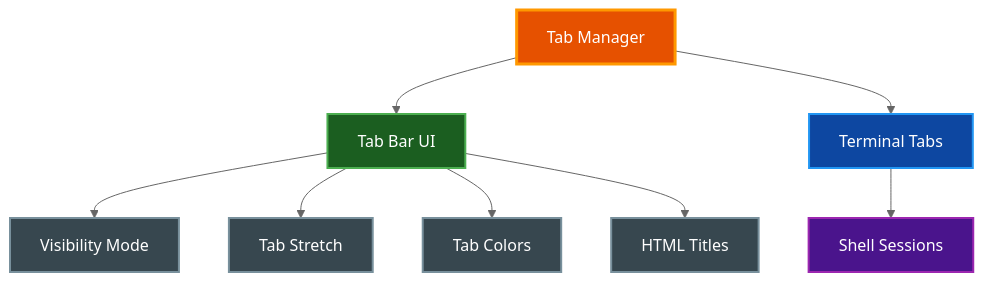
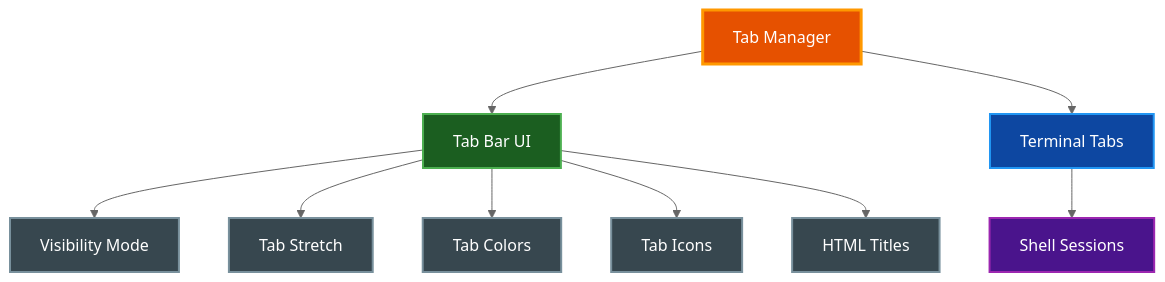
The first of 3 diagrams in docs/TABS.md (paulrobello/par-term), drawn with Mermaid (neutral theme) before and after one commit. The commit also changed other lines of this file and 22 other files, not shown here.

````diff
--- a/docs/TABS.md
+++ b/docs/TABS.md
@@ -30,25 +35,27 @@
 ```mermaid
 graph TD
     TabManager[Tab Manager]
     TabBar[Tab Bar UI]
     Tabs[Terminal Tabs]
     Sessions[Shell Sessions]
 
     TabManager --> TabBar
     TabManager --> Tabs
     Tabs --> Sessions
 
     TabBar --> Visibility[Visibility Mode]
     TabBar --> Stretch[Tab Stretch]
     TabBar --> Colors[Tab Colors]
+    TabBar --> Icons[Tab Icons]
     TabBar --> HTML[HTML Titles]
 
     style TabManager fill:#e65100,stroke:#ff9800,stroke-width:3px,color:#ffffff
     style TabBar fill:#1b5e20,stroke:#4caf50,stroke-width:2px,color:#ffffff
     style Tabs fill:#0d47a1,stroke:#2196f3,stroke-width:2px,color:#ffffff
     style Sessions fill:#4a148c,stroke:#9c27b0,stroke-width:2px,color:#ffffff
     style Visibility fill:#37474f,stroke:#78909c,stroke-width:2px,color:#ffffff
     style Stretch fill:#37474f,stroke:#78909c,stroke-width:2px,color:#ffffff
     style Colors fill:#37474f,stroke:#78909c,stroke-width:2px,color:#ffffff
+    style Icons fill:#37474f,stroke:#78909c,stroke-width:2px,color:#ffffff
     style HTML fill:#37474f,stroke:#78909c,stroke-width:2px,color:#ffffff
 ```
````
